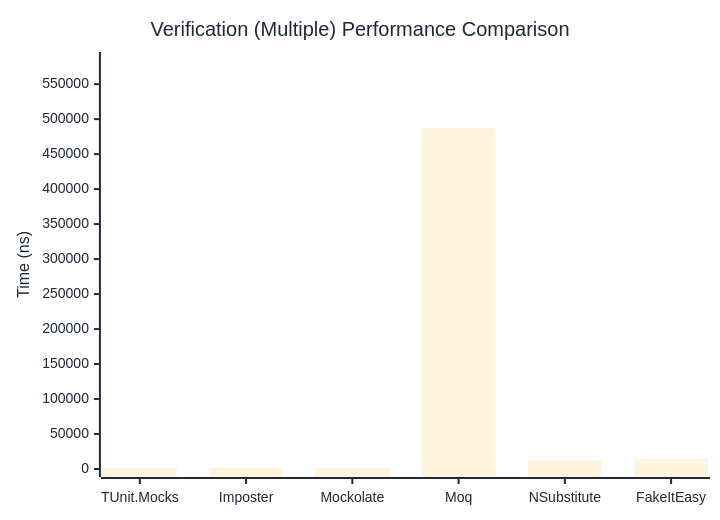
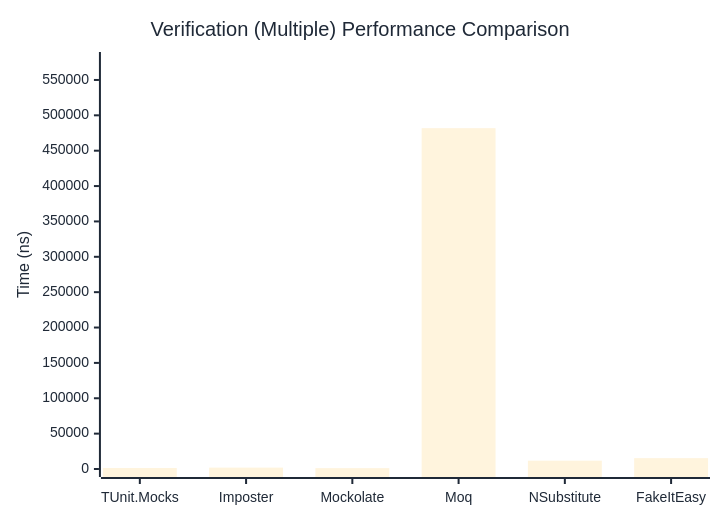
The third of 3 diagrams in docs/docs/benchmarks/mocks/Verification.md (thomhurst/TUnit), drawn with Mermaid before and after one commit. The commit also changed other lines of this file and 14 other files, not shown here.

````diff
--- a/docs/docs/benchmarks/mocks/Verification.md
+++ b/docs/docs/benchmarks/mocks/Verification.md
@@ -112,27 +112,27 @@
 ```mermaid
 %%{init: {
   'theme':'base',
   'themeVariables': {
     'primaryColor': '#2563eb',
     'primaryTextColor': '#1f2937',
     'primaryBorderColor': '#1e40af',
     'lineColor': '#6b7280',
     'secondaryColor': '#7c3aed',
     'tertiaryColor': '#dc2626',
     'background': '#ffffff',
     'pie1': '#2563eb',
     'pie2': '#7c3aed',
     'pie3': '#dc2626',
     'pie4': '#f59e0b',
     'pie5': '#10b981',
     'pie6': '#06b6d4',
     'pie7': '#ec4899',
     'pie8': '#6366f1'
   }
 }}%%
 xychart-beta
   title "Verification (Multiple) Performance Comparison"
   x-axis ["TUnit.Mocks", "Imposter", "Mockolate", "Moq", "NSubstitute", "FakeItEasy"]
-  y-axis "Time (ns)" 0 --> 584516
-  bar [1405.81, 2059.12, 1277.02, 487096.27, 12142.82, 14456.7]
+  y-axis "Time (ns)" 0 --> 578221
+  bar [1369.78, 1946.82, 1224.99, 481850.05, 11776.22, 15344.78]
 ```
````
